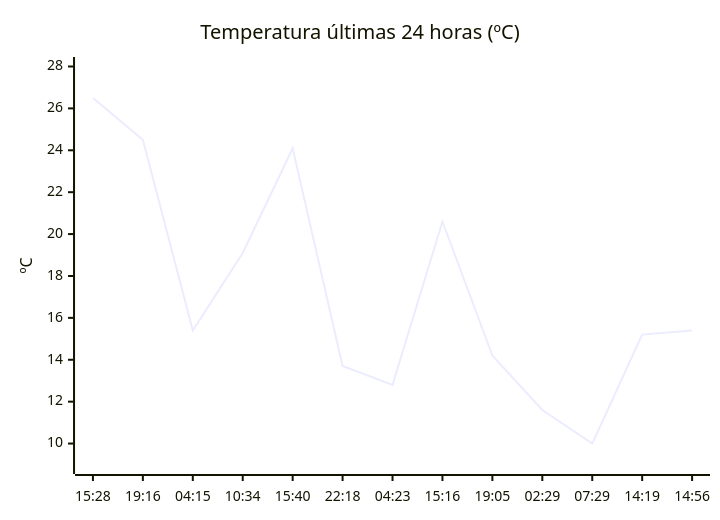
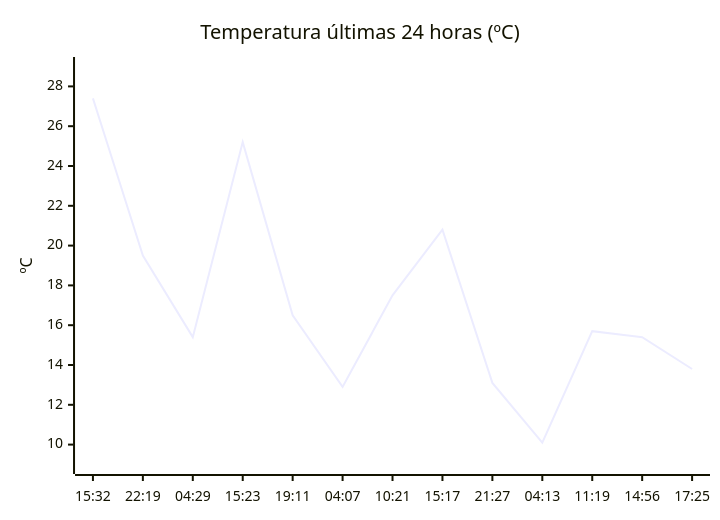
Before and after one commit to solidsnk86/rem-scrap: the diagram in README.md, drawn with Mermaid. The commit also changed other lines of this file, not shown here.

````diff
--- a/README.md
+++ b/README.md
@@ -36,7 +28,7 @@
 ```mermaid
 xychart-beta
     title "Temperatura últimas 24 horas (ºC)"
-    x-axis ["15:28", "19:16", "04:15", "10:34", "15:40", "22:18", "04:23", "15:16", "19:05", "02:29", "07:29", "14:19", "14:56"]
-    y-axis "ºC" 9 --> 28
-    line [26.5, 24.5, 15.4, 19.1, 24.1, 13.7, 12.8, 20.6, 14.2, 11.6, 10, 15.2, 15.4]
+    x-axis ["15:32", "22:19", "04:29", "15:23", "19:11", "04:07", "10:21", "15:17", "21:27", "04:13", "11:19", "14:56", "17:25"]
+    y-axis "ºC" 9 --> 29
+    line [27.4, 19.5, 15.4, 25.2, 16.5, 12.9, 17.5, 20.8, 13.1, 10.1, 15.7, 15.4, 13.8]
 ```
````
